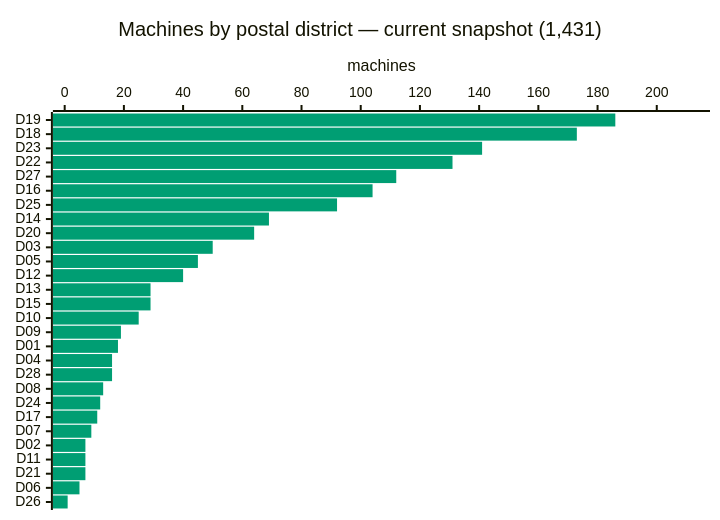
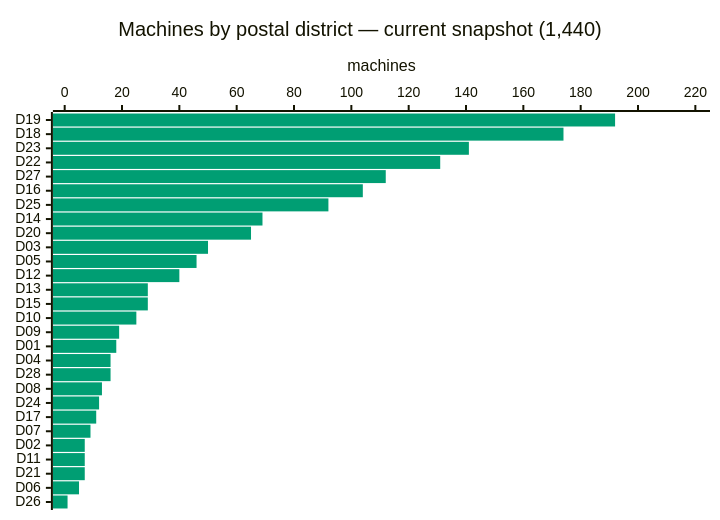
The third of 5 diagrams in ANALYSIS.md (cheeaun/returnright-data), drawn with Mermaid before and after one commit. The commit also changed other lines of this file and 4 other files, not shown here.

````diff
--- a/ANALYSIS.md
+++ b/ANALYSIS.md
@@ -88,16 +88,16 @@
 ```mermaid
 ---
 config:
   themeVariables:
     xyChart:
       plotColorPalette: "#009E73"
   xyChart:
     chartOrientation: "horizontal"
     plotReservedSpacePercent: 40
 ---
 xychart-beta
-    title "Machines by postal district — current snapshot (1,431)"
+    title "Machines by postal district — current snapshot (1,440)"
     x-axis ["D19", "D18", "D23", "D22", "D27", "D16", "D25", "D14", "D20", "D03", "D05", "D12", "D13", "D15", "D10", "D09", "D01", "D04", "D28", "D08", "D24", "D17", "D07", "D02", "D11", "D21", "D06", "D26"]
-    y-axis "machines" 0 --> 214
-    bar [186, 173, 141, 131, 112, 104, 92, 69, 64, 50, 45, 40, 29, 29, 25, 19, 18, 16, 16, 13, 12, 11, 9, 7, 7, 7, 5, 1]
+    y-axis "machines" 0 --> 221
+    bar [192, 174, 141, 131, 112, 104, 92, 69, 65, 50, 46, 40, 29, 29, 25, 19, 18, 16, 16, 13, 12, 11, 9, 7, 7, 7, 5, 1]
 ```
````
